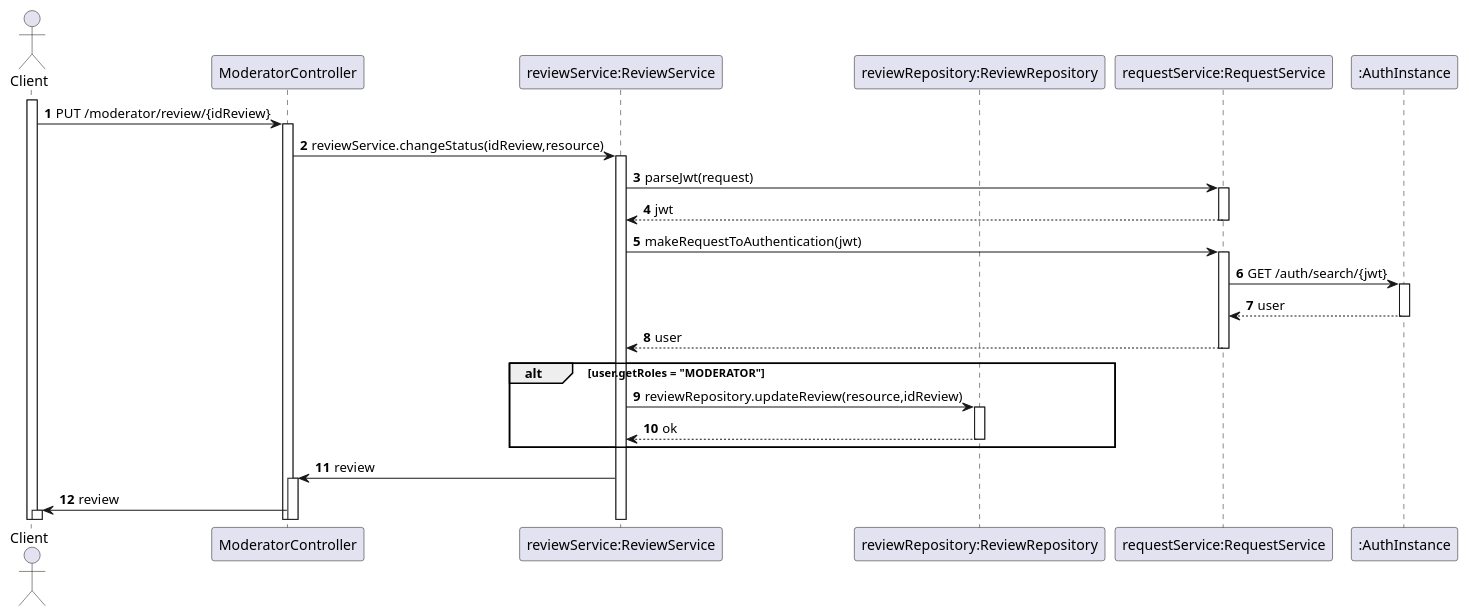
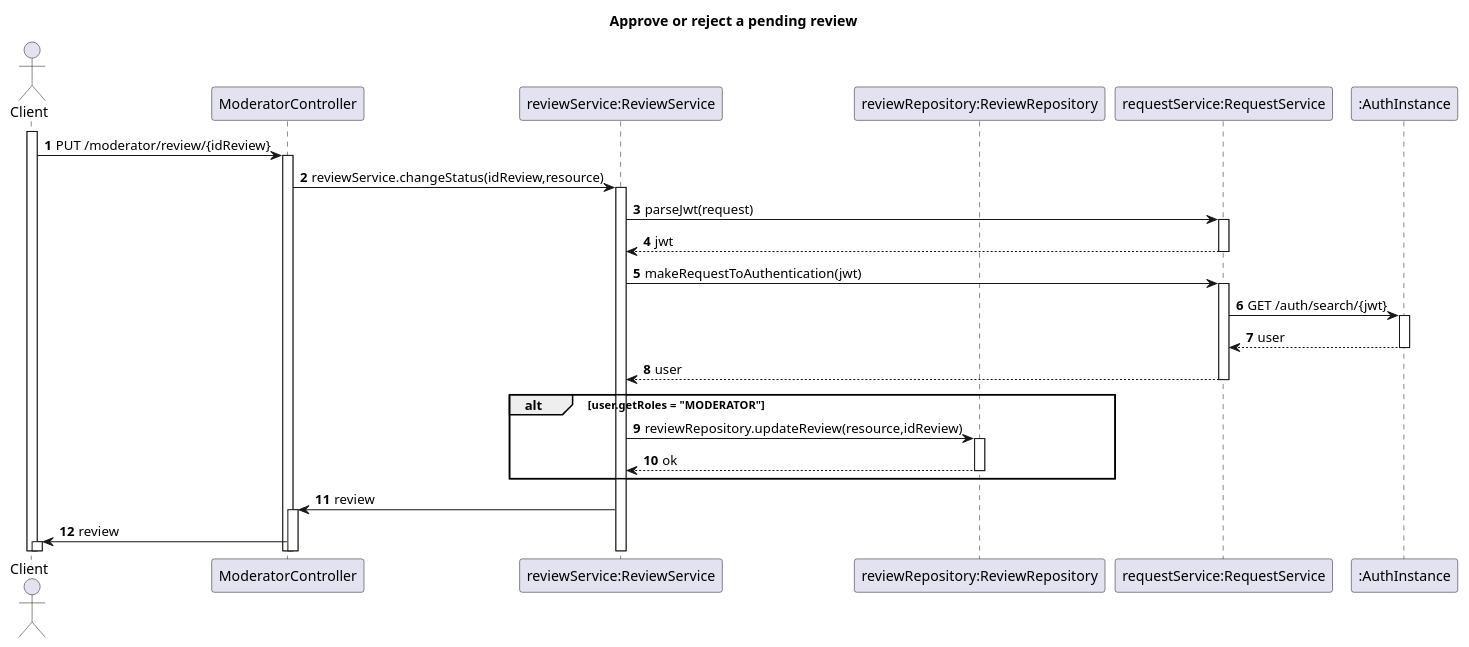
The diagram in Docs/US10-SD.puml (TiagoNora/SIDIS-Docs), drawn with PlantUML before and after one commit. The commit also changed 5 other files, not shown here.

```diff
--- a/Docs/US10-SD.puml
+++ b/Docs/US10-SD.puml
@@ -1,35 +1,35 @@
 @startuml
 'https://plantuml.com/sequence-diagram
 
-
+title Approve or reject a pending review
 autoactivate on
 autonumber
 
 actor "Client" as client
 participant "ModeratorController" as controller
 participant "reviewService:ReviewService" as service
 participant "reviewRepository:ReviewRepository" as repository
 participant "requestService:RequestService" as request
 participant ":AuthInstance" as instanceAuth
 
 activate client
 
 client -> controller: PUT /moderator/review/{idReview}
 controller -> service : reviewService.changeStatus(idReview,resource)
 
 service -> request : parseJwt(request)
 request --> service: jwt
 service -> request: makeRequestToAuthentication(jwt)
 request -> instanceAuth: GET /auth/search/{jwt}
 instanceAuth --> request: user
 request --> service: user
 alt user.getRoles = "MODERATOR"
     service -> repository: reviewRepository.updateReview(resource,idReview)
     repository --> service: ok
 end
 
 
 service -> controller: review
 controller -> client: review
 
 @enduml
```
